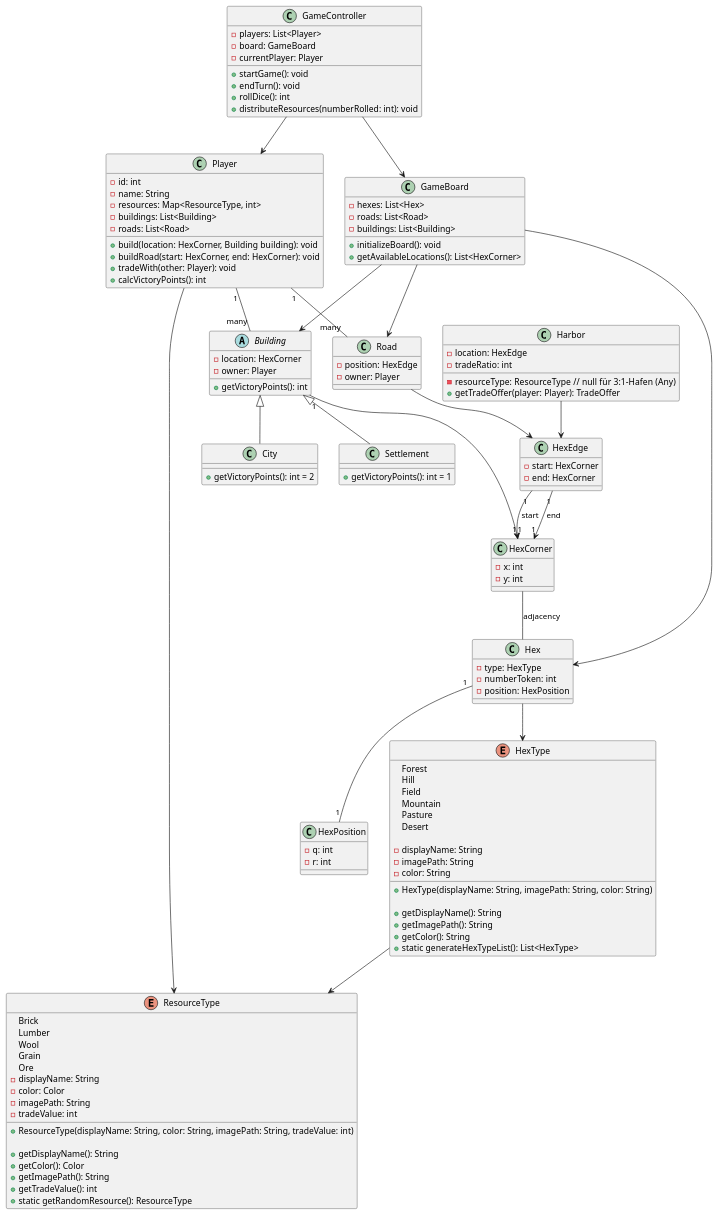
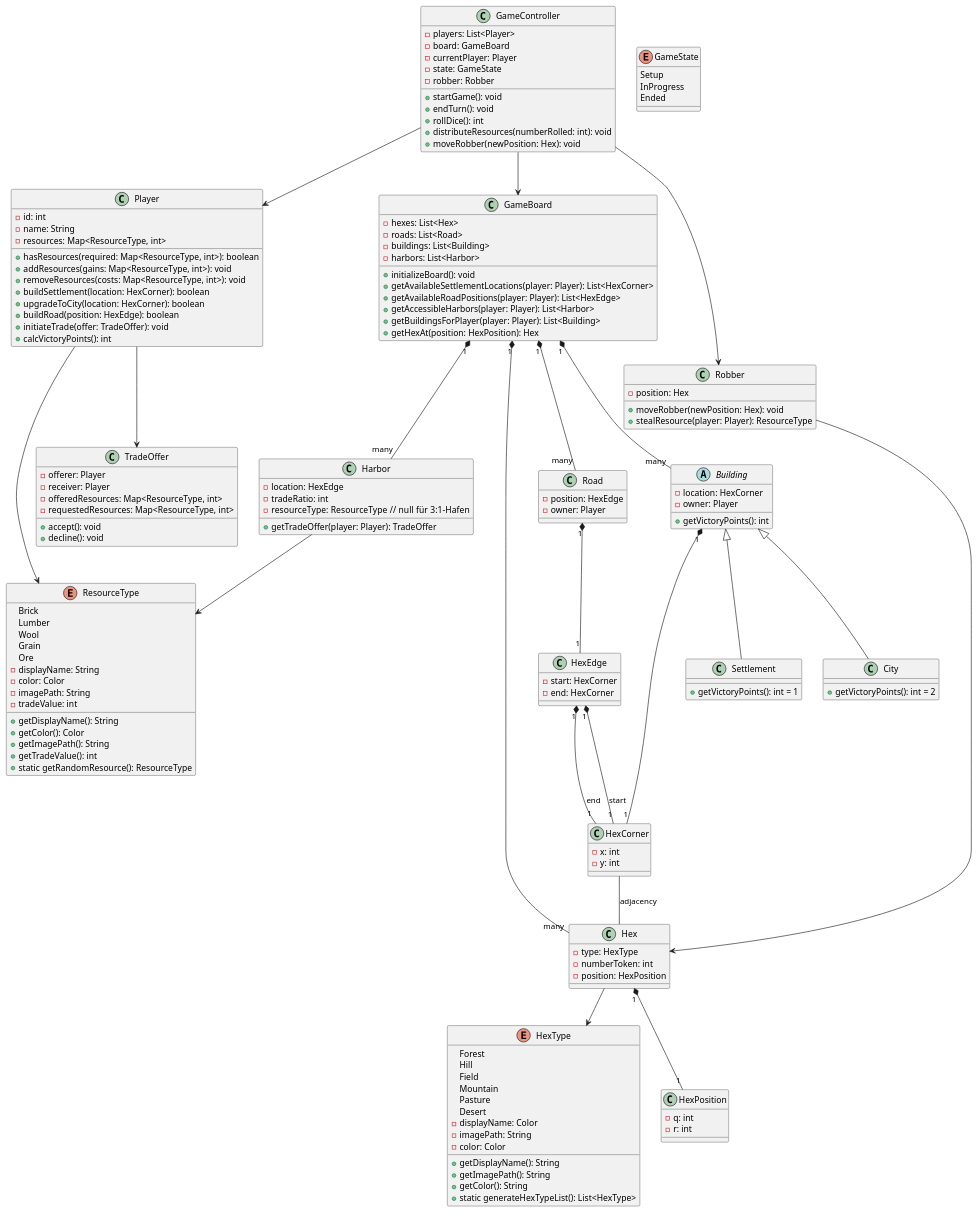
The diagram in architecture_overview.wsd (MrJonix/theSettlersOfJava), drawn with PlantUML before and after one commit.

Commit message:
change: uml diagramm ready to review

```diff
--- a/architecture_overview.wsd
+++ b/architecture_overview.wsd
@@ -1,142 +1,169 @@
 @startuml
+
 ' Spieler-Klasse
 class Player {
   - id: int
   - name: String
   - resources: Map<ResourceType, int>
-  - buildings: List<Building>
-  - roads: List<Road>
-  + build(location: HexCorner, Building building): void
-  + buildRoad(start: HexCorner, end: HexCorner): void
-  + tradeWith(other: Player): void
+  + hasResources(required: Map<ResourceType, int>): boolean
+  + addResources(gains: Map<ResourceType, int>): void
+  + removeResources(costs: Map<ResourceType, int>): void
+  + buildSettlement(location: HexCorner): boolean
+  + upgradeToCity(location: HexCorner): boolean
+  + buildRoad(position: HexEdge): boolean
+  + initiateTrade(offer: TradeOffer): void
   + calcVictoryPoints(): int
+  
 }
 
-' Spielfeld-Klassen
+class TradeOffer {
+  - offerer: Player
+  - receiver: Player
+  - offeredResources: Map<ResourceType, int>
+  - requestedResources: Map<ResourceType, int>
+  + accept(): void
+  + decline(): void
+}
+
 class GameBoard {
   - hexes: List<Hex>
   - roads: List<Road>
   - buildings: List<Building>
+  - harbors: List<Harbor>
   + initializeBoard(): void
-  + getAvailableLocations(): List<HexCorner>
+  + getAvailableSettlementLocations(player: Player): List<HexCorner>
+  + getAvailableRoadPositions(player: Player): List<HexEdge>
+  + getAccessibleHarbors(player: Player): List<Harbor>
+  + getBuildingsForPlayer(player: Player): List<Building>
+  + getHexAt(position: HexPosition): Hex
 }
 
 class Hex {
   - type: HexType
   - numberToken: int
   - position: HexPosition
 }
 
 class HexEdge {
   - start: HexCorner
   - end: HexCorner
 }
 
 class Road {
   - position: HexEdge
   - owner: Player
 }
 
 abstract class Building {
   - location: HexCorner
   - owner: Player
   + getVictoryPoints(): int
 }
 
 class Settlement extends Building {
   + getVictoryPoints(): int = 1
 }
 
 class City extends Building {
   + getVictoryPoints(): int = 2
 }
 
-' Spiel-Controller
+enum GameState {
+  Setup
+  InProgress
+  Ended
+}
+
 class GameController {
   - players: List<Player>
   - board: GameBoard
   - currentPlayer: Player
+  - state: GameState
+  - robber: Robber
   + startGame(): void
   + endTurn(): void
   + rollDice(): int
   + distributeResources(numberRolled: int): void
+  + moveRobber(newPosition: Hex): void
 }
 
-' Ressourcentyp-Enum
 enum ResourceType {
   Brick
   Lumber
   Wool
   Grain
   Ore
   - displayName: String
   - color: Color
   - imagePath: String
   - tradeValue: int
-  + ResourceType(displayName: String, color: String, imagePath: String, tradeValue: int)
-  
   + getDisplayName(): String
   + getColor(): Color
   + getImagePath(): String
   + getTradeValue(): int
   + static getRandomResource(): ResourceType
 }
-' HexTyp-Enum
+
 enum HexType {
   Forest
   Hill
   Field
   Mountain
   Pasture
   Desert
-
-  - displayName: String
+  - displayName: Color
   - imagePath: String
-  - color: String
-
-  + HexType(displayName: String, imagePath: String, color: String)
-
+  - color: Color
   + getDisplayName(): String
   + getImagePath(): String
   + getColor(): String
   + static generateHexTypeList(): List<HexType>
 }
 
-
-' Hilfsklassen
 class HexCorner {
   - x: int
   - y: int
 }
 
 class HexPosition {
   - q: int
   - r: int
 }
 
 class Harbor {
   - location: HexEdge
   - tradeRatio: int
-  - resourceType: ResourceType  // null für 3:1-Hafen (Any)
+  - resourceType: ResourceType  // null für 3:1-Hafen
   + getTradeOffer(player: Player): TradeOffer
 }
 
-' Beziehungen
-Player "1" -- "many" Road
-Player "1" -- "many" Building
+class Robber {
+  - position: Hex
+  + moveRobber(newPosition: Hex): void
+  + stealResource(player: Player): ResourceType
+}
+
+' Beziehungen mit Komposition & Assoziationen
+Harbor --> ResourceType
 Player --> ResourceType
-HexType --> ResourceType
-Building "1" --> "1" HexCorner
-HexEdge "1" --> "1" HexCorner : start
-HexEdge "1" --> "1" HexCorner : end
-Hex "1" -- "1" HexPosition
+
+GameBoard "1" *-- "many" Hex
+GameBoard "1" *-- "many" Road
+GameBoard "1" *-- "many" Building
+GameBoard "1" *-- "many" Harbor
+Building "1" *-- "1" HexCorner
+Road "1" *-- "1" HexEdge
+HexEdge "1" *-- "1" HexCorner : start
+HexEdge "1" *-- "1" HexCorner : end
+Hex "1" *-- "1" HexPosition
+Robber --> Hex
+Hex --> HexType
+
+
 HexCorner -- Hex : adjacency
-Road  -->  HexEdge
-Harbor -->  HexEdge
-Hex --> HexType
 GameController --> Player
 GameController --> GameBoard
-GameBoard --> Hex
-GameBoard --> Building
-GameBoard --> Road
+GameController --> Robber
+Player --> TradeOffer
+
 @enduml
```
